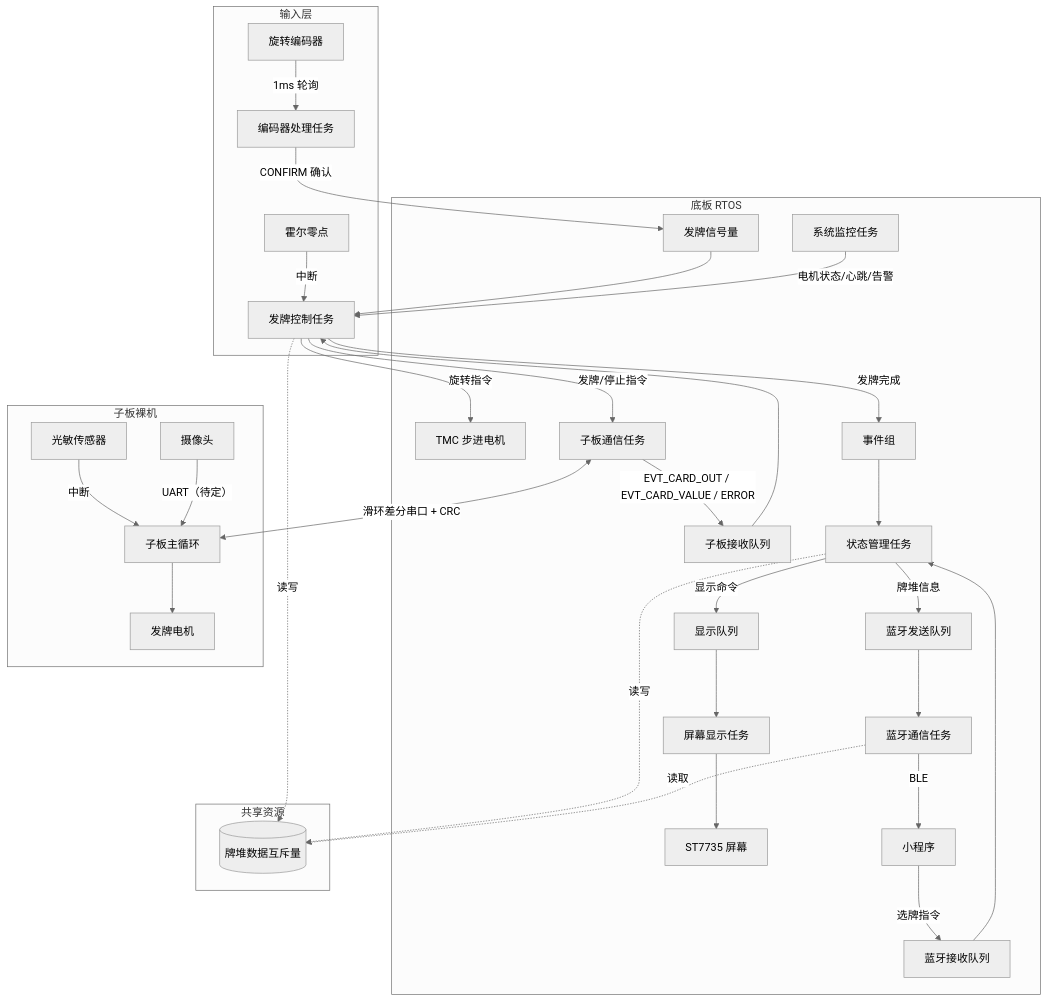
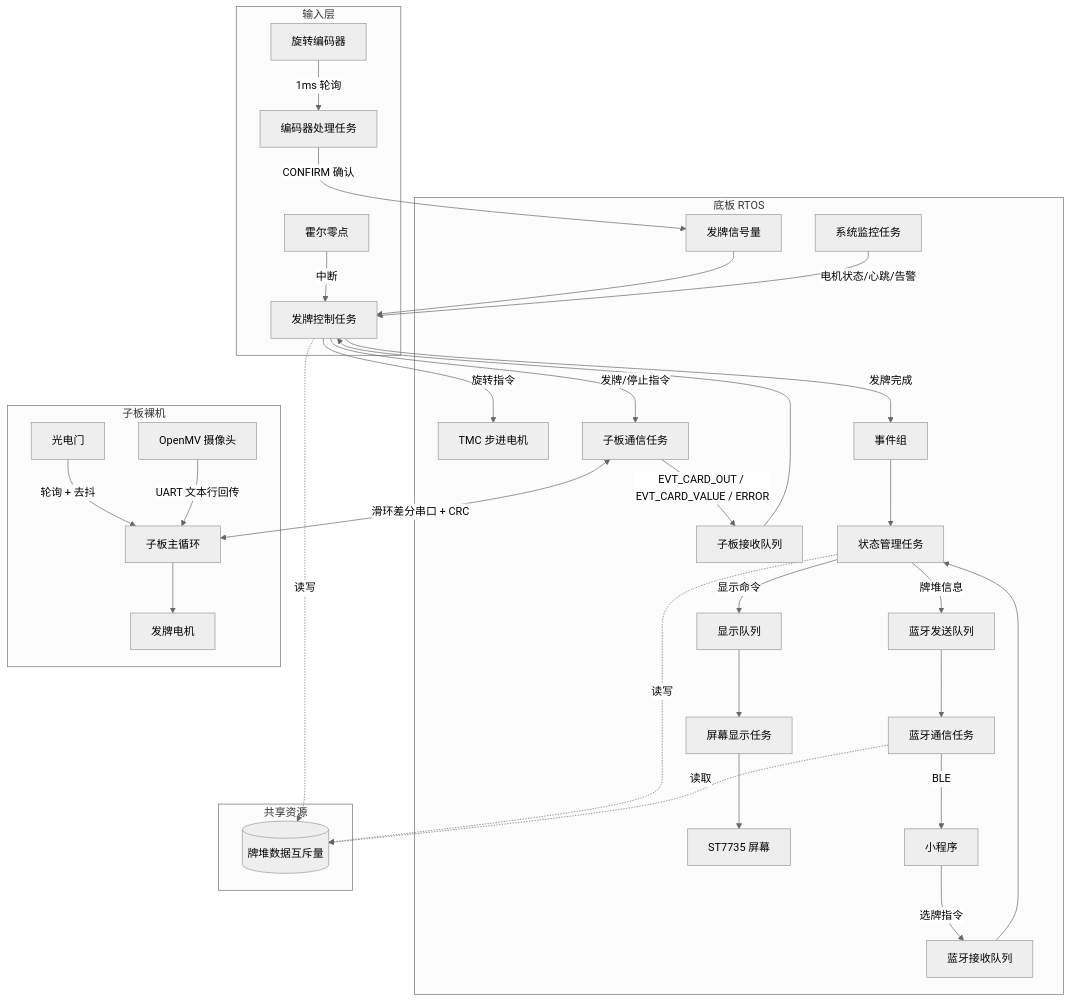
One commit to psh25/Poker changed the second of 2 diagrams in docs/architecture_v2.md. Above: the diagram before and after it, drawn with Mermaid (neutral theme). The commit also changed other lines of this file and 20 other files, not shown here.

````diff
--- a/docs/architecture_v2.md
+++ b/docs/architecture_v2.md
@@ -281,41 +289,41 @@
 ```mermaid
 flowchart TD
     subgraph 输入层
         Enc[旋转编码器] -->|1ms 轮询| EncTask[编码器处理任务]
         Hall[霍尔零点] -->|中断| DealTask
     end
 
     subgraph 底板 RTOS
         EncTask -->|CONFIRM 确认| DealSem[发牌信号量]
         DealSem --> DealTask[发牌控制任务]
         DealTask -->|旋转指令| Motor[TMC 步进电机]
         DealTask -->|发牌/停止指令| SubComm[子板通信任务]
         SubComm -->|EVT_CARD_OUT / EVT_CARD_VALUE / ERROR| SubQ[子板接收队列]
         SubQ --> DealTask
         DealTask -->|发牌完成| StateEvt[事件组]
         StateEvt --> StateMgr[状态管理任务]
         StateMgr -->|显示命令| DispQ[显示队列]
         DispQ --> DispTask[屏幕显示任务]
         DispTask --> Screen[ST7735 屏幕]
         StateMgr -->|牌堆信息| BTTxQ[蓝牙发送队列]
         BTTxQ --> BTTask[蓝牙通信任务]
         BTTask -->|BLE| Phone[小程序]
         Phone -->|选牌指令| BTRxQ[蓝牙接收队列]
         BTRxQ --> StateMgr
         Mon[系统监控任务] -->|电机状态/心跳/告警| DealTask
     end
 
     subgraph 子板裸机
         SubComm <-->|滑环差分串口 + CRC| SubLoop[子板主循环]
         SubLoop --> SubMotor[发牌电机]
-        Photo[光敏传感器] -->|中断| SubLoop
-        Cam[摄像头] -->|UART（待定）| SubLoop
+        Photo[光电门] -->|轮询 + 去抖| SubLoop
+        Cam[OpenMV 摄像头] -->|UART 文本行回传| SubLoop
     end
 
     subgraph 共享资源
         Mutex[(牌堆数据互斥量)]
         StateMgr -.->|读写| Mutex
         DealTask -.->|读写| Mutex
         BTTask -.->|读取| Mutex
     end
 ```
````
